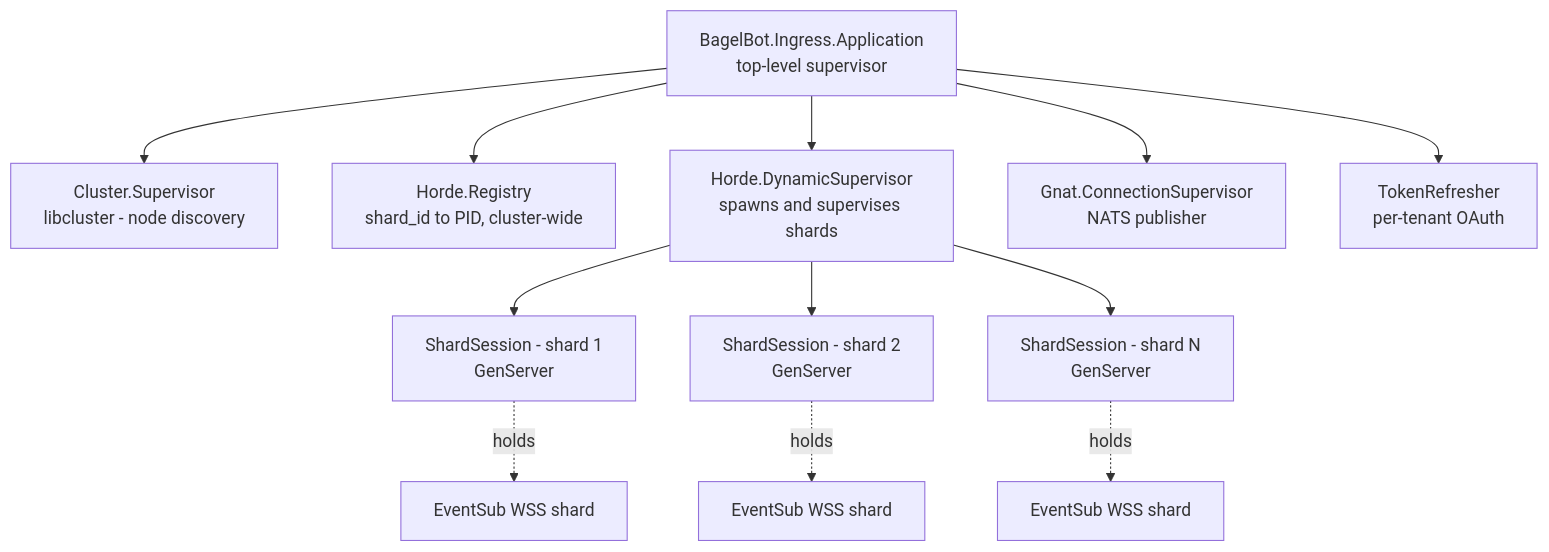
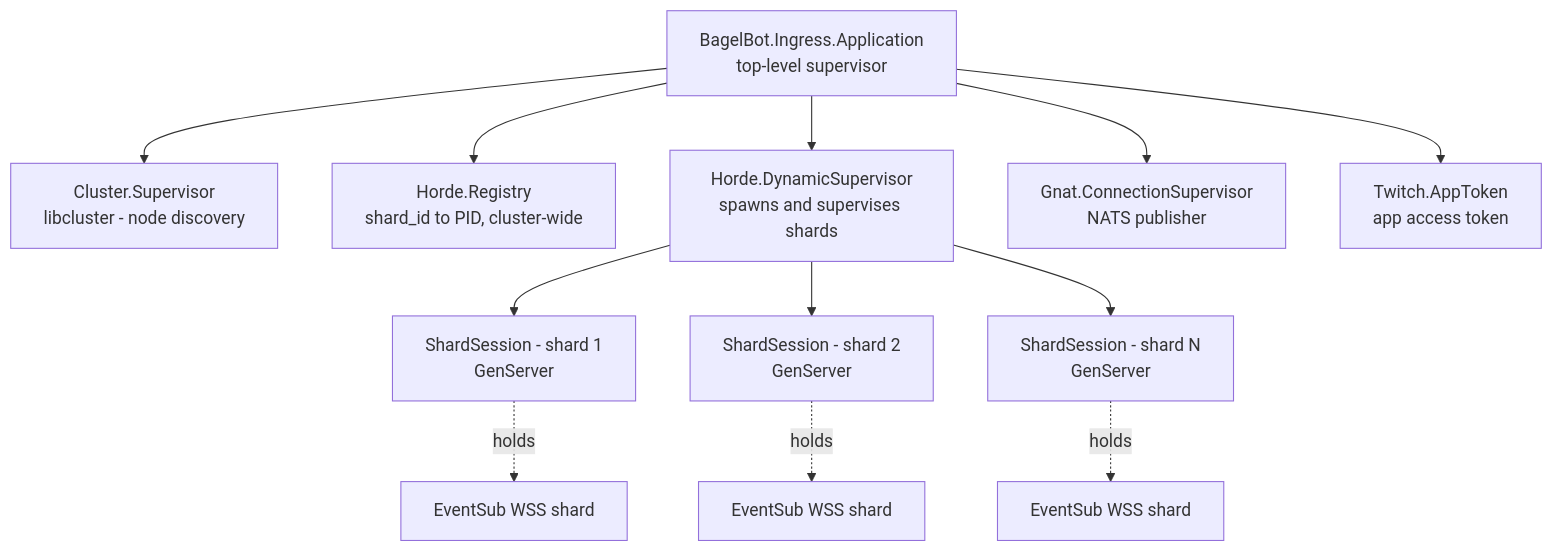
The second of 2 diagrams in web/docs/src/content/docs/fr/microservices/twitch-ingress.md (AdamOusmer/ItsBagelBot), drawn with Mermaid before and after one commit. The commit also changed other lines of this file and 97 other files, not shown here.

````diff
--- a/web/docs/src/content/docs/fr/microservices/twitch-ingress.md
+++ b/web/docs/src/content/docs/fr/microservices/twitch-ingress.md
@@ -44,24 +44,24 @@
 ```mermaid
 flowchart TB
     App[BagelBot.Ingress.Application<br/>top-level supervisor]
 
     Cluster[Cluster.Supervisor<br/>libcluster - node discovery]
     Registry[Horde.Registry<br/>shard_id to PID, cluster-wide]
     DynSup[Horde.DynamicSupervisor<br/>spawns and supervises shards]
     NatsConn[Gnat.ConnectionSupervisor<br/>NATS publisher]
-    Token[TokenRefresher<br/>per-tenant OAuth]
+    Token[Twitch.AppToken<br/>app access token]
 
     App --> Cluster
     App --> Registry
     App --> DynSup
     App --> NatsConn
     App --> Token
 
     DynSup --> Sh1[ShardSession - shard 1<br/>GenServer]
     DynSup --> Sh2[ShardSession - shard 2<br/>GenServer]
     DynSup --> ShN[ShardSession - shard N<br/>GenServer]
 
     Sh1 -. holds .-> WS1[EventSub WSS shard]
     Sh2 -. holds .-> WS2[EventSub WSS shard]
     ShN -. holds .-> WSN[EventSub WSS shard]
 ```
````
